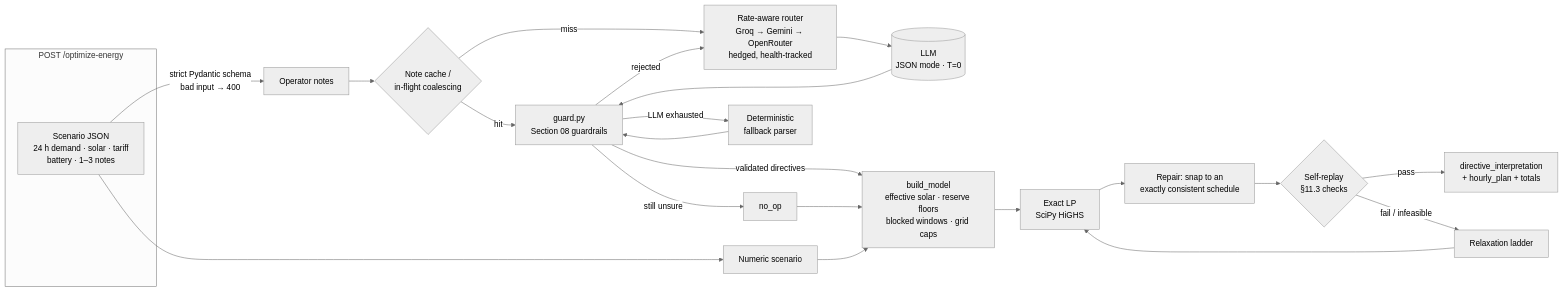
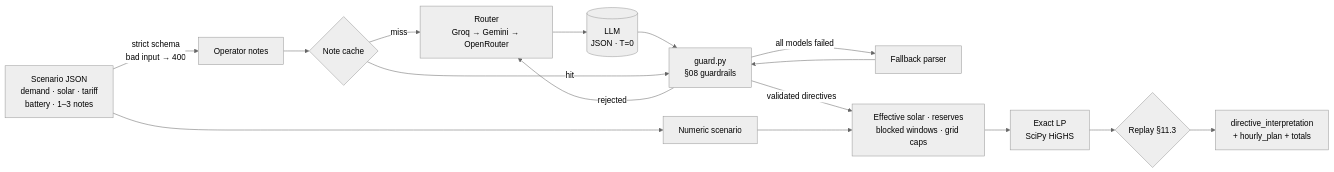
One commit to Aalvee-Aarham/bup_hack changed the diagram in README.md. Above: the diagram before and after it, drawn with Mermaid (neutral theme). The commit also changed other lines of this file, not shown here.

First line of the commit message:
README: shorter, exact Docker tag, fallback options instead of key counts

````diff
--- a/README.md
+++ b/README.md
@@ -189,27 +114,17 @@
 ```mermaid
 flowchart LR
-    subgraph IN[POST /optimize-energy]
-        REQ[Scenario JSON<br/>24 h demand · solar · tariff<br/>battery · 1–3 notes]
-    end
-
-    REQ -->|strict Pydantic schema<br/>bad input → 400| NOTES[Operator notes]
+    REQ[Scenario JSON<br/>demand · solar · tariff<br/>battery · 1–3 notes] -->|strict schema<br/>bad input → 400| NOTES[Operator notes]
     REQ --> DATA[Numeric scenario]
-
-    NOTES --> CACHE{Note cache /<br/>in-flight coalescing}
+    NOTES --> CACHE{Note cache}
+    CACHE -->|miss| ROUTER[Router<br/>Groq → Gemini → OpenRouter]
+    ROUTER --> LLM[(LLM<br/>JSON · T=0)]
+    LLM --> G[guard.py<br/>§08 guardrails]
     CACHE -->|hit| G
-    CACHE -->|miss| ROUTER[Rate-aware router<br/>Groq → Gemini → OpenRouter<br/>hedged, health-tracked]
-    ROUTER --> LLM[(LLM<br/>JSON mode · T=0)]
-    LLM --> G[guard.py<br/>Section 08 guardrails]
     G -->|rejected| ROUTER
-    G -->|LLM exhausted| RX[Deterministic<br/>fallback parser] --> G
-    G -->|still unsure| NOOP[no_op]
-
-    G -->|validated directives| MODEL[build_model<br/>effective solar · reserve floors<br/>blocked windows · grid caps]
-    NOOP --> MODEL
+    G -->|all models failed| RX[Fallback parser] --> G
+    G -->|validated directives| MODEL[Effective solar · reserves<br/>blocked windows · grid caps]
     DATA --> MODEL
     MODEL --> LP[Exact LP<br/>SciPy HiGHS]
-    LP --> REPAIR[Repair: snap to an<br/>exactly consistent schedule]
-    REPAIR --> REPLAY{Self-replay<br/>§11.3 checks}
-    REPLAY -->|pass| OUT[directive_interpretation<br/>+ hourly_plan + totals]
-    REPLAY -->|fail / infeasible| LADDER[Relaxation ladder] --> LP
+    LP --> REPLAY{Replay §11.3}
+    REPLAY --> OUT[directive_interpretation<br/>+ hourly_plan + totals]
 ```
````
